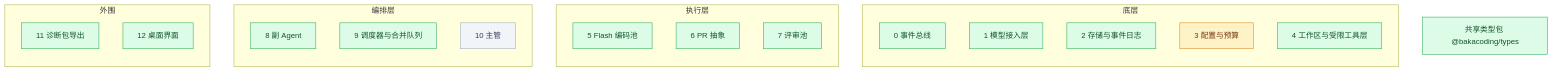
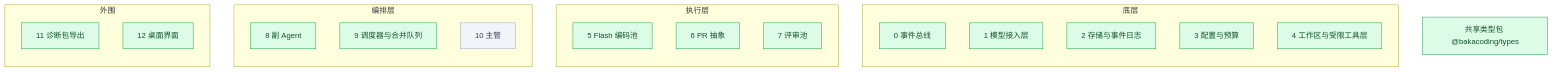
The diagram in docs/progress.md (Akarin7784/BakaCoding), drawn with Mermaid before and after one commit. The commit also changed other lines of this file, not shown here.

````diff
--- a/docs/progress.md
+++ b/docs/progress.md
@@ -11,33 +11,32 @@
 ```mermaid
 flowchart BT
   subgraph 底层
     M0[0 事件总线]
     M1[1 模型接入层]
     M2[2 存储与事件日志]
     M3[3 配置与预算]
     M4[4 工作区与受限工具层]
   end
   subgraph 执行层
     M5[5 Flash 编码池]
     M6[6 PR 抽象]
     M7[7 评审池]
   end
   subgraph 编排层
     M8[8 副 Agent]
     M9[9 调度器与合并队列]
     M10[10 主管]
   end
   subgraph 外围
     M11[11 诊断包导出]
     M12[12 桌面界面]
   end
   T[共享类型包 @bakacoding/types]
 
   classDef todo fill:#f1f5f9,stroke:#94a3b8,color:#334155
   classDef doing fill:#fef3c7,stroke:#d97706,color:#78350f
   classDef done fill:#dcfce7,stroke:#16a34a,color:#14532d
 
-  class M0,M1,M2,M4,M5,M6,M7,M8,M9,M11,M12,T done
-  class M3 doing
+  class M0,M1,M2,M3,M4,M5,M6,M7,M8,M9,M11,M12,T done
   class M10 todo
 ```
````
